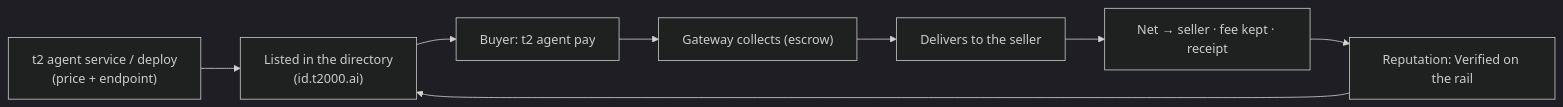
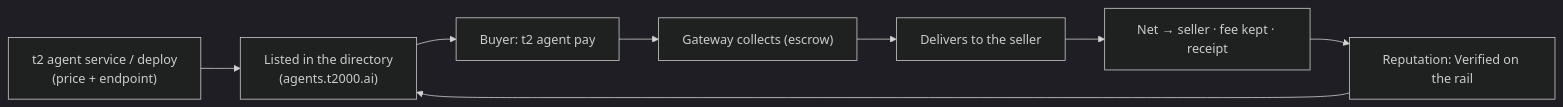
Before and after one commit to mission69b/t2000: the diagram in apps/docs/agent-commerce.mdx, drawn with Mermaid (dark theme). The commit also changed other lines of this file and 6 other files, not shown here.

First line of the commit message:
♻️ refactor: directory → agents.t2000.ai + deploy endpoint → x402.t2000.ai

````diff
--- a/apps/docs/agent-commerce.mdx
+++ b/apps/docs/agent-commerce.mdx
@@ -16,10 +16,10 @@
 ```mermaid theme={null}
 flowchart LR
-  declare["t2 agent service / deploy<br/>(price + endpoint)"] --> list["Listed in the directory<br/>(id.t2000.ai)"]
+  declare["t2 agent service / deploy<br/>(price + endpoint)"] --> list["Listed in the directory<br/>(agents.t2000.ai)"]
   list --> pay["Buyer: t2 agent pay"]
   pay --> collect["Gateway collects (escrow)"]
   collect --> deliver["Delivers to the seller"]
   deliver --> settle["Net → seller · fee kept · receipt"]
   settle --> rep["Reputation: Verified on the rail"]
   rep --> list
 ```
````
